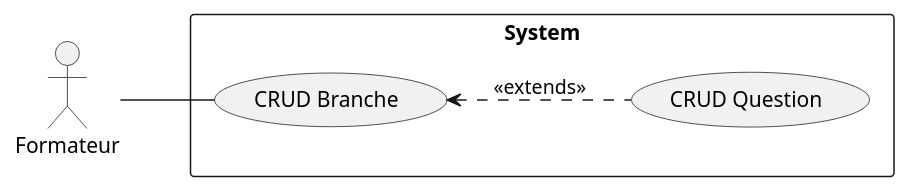
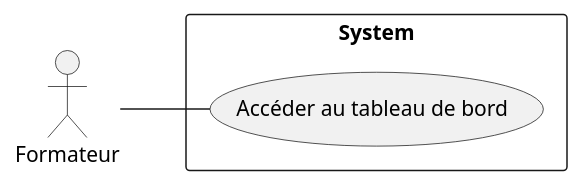
One commit to Suirita/14.UI_UX changed the diagram in Idéation/Sprint_1.pu. Above: the diagram before and after it, drawn with PlantUML. The commit also changed 19 other files, not shown here.

```diff
--- a/Idéation/Sprint_1.pu
+++ b/Idéation/Sprint_1.pu
@@ -1,10 +1,8 @@
 @startuml Sprint_1
 left to right direction
 actor "Formateur" as fr
 rectangle System {
-  usecase "CRUD Branche" as UC1
-  usecase "CRUD Question" as UC2
+  usecase "Accéder au tableau de bord" as UC1
 }
 fr -- UC1
-UC1 <.. UC2 : <<extends>>
 @enduml
```
